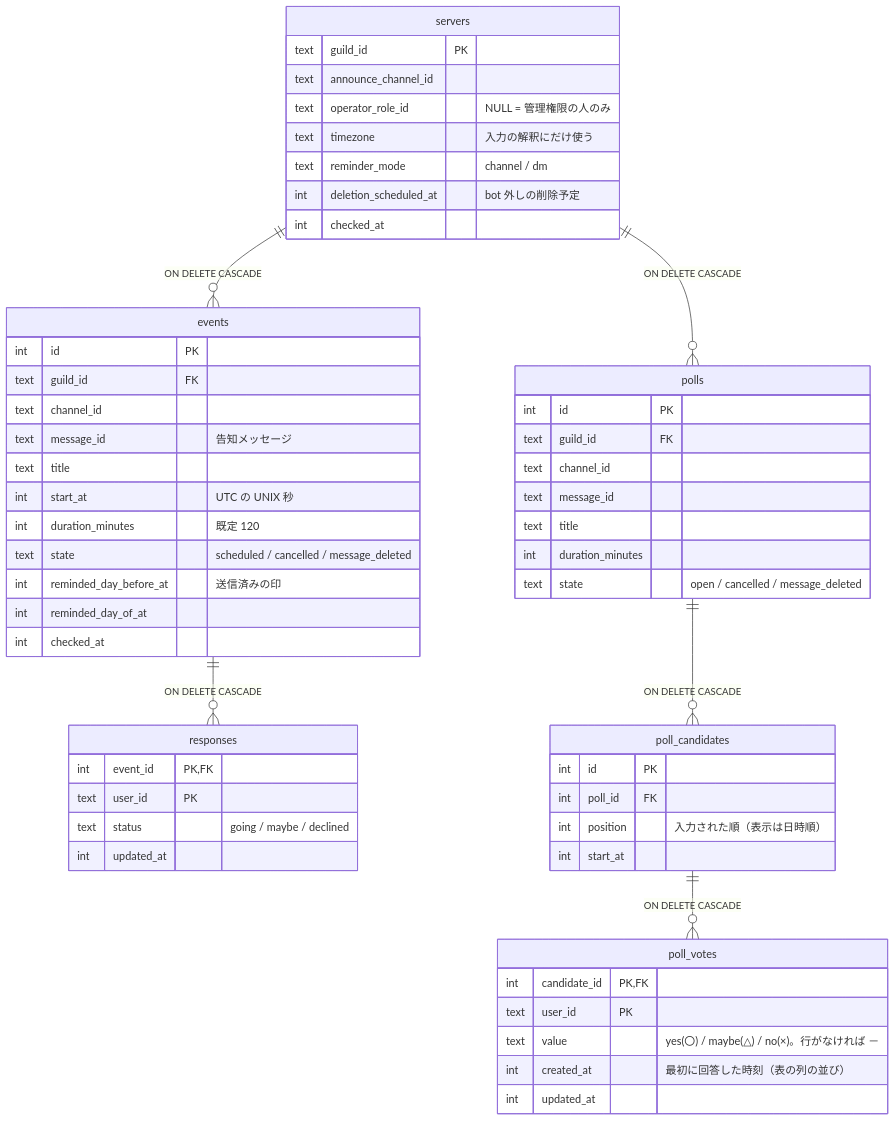
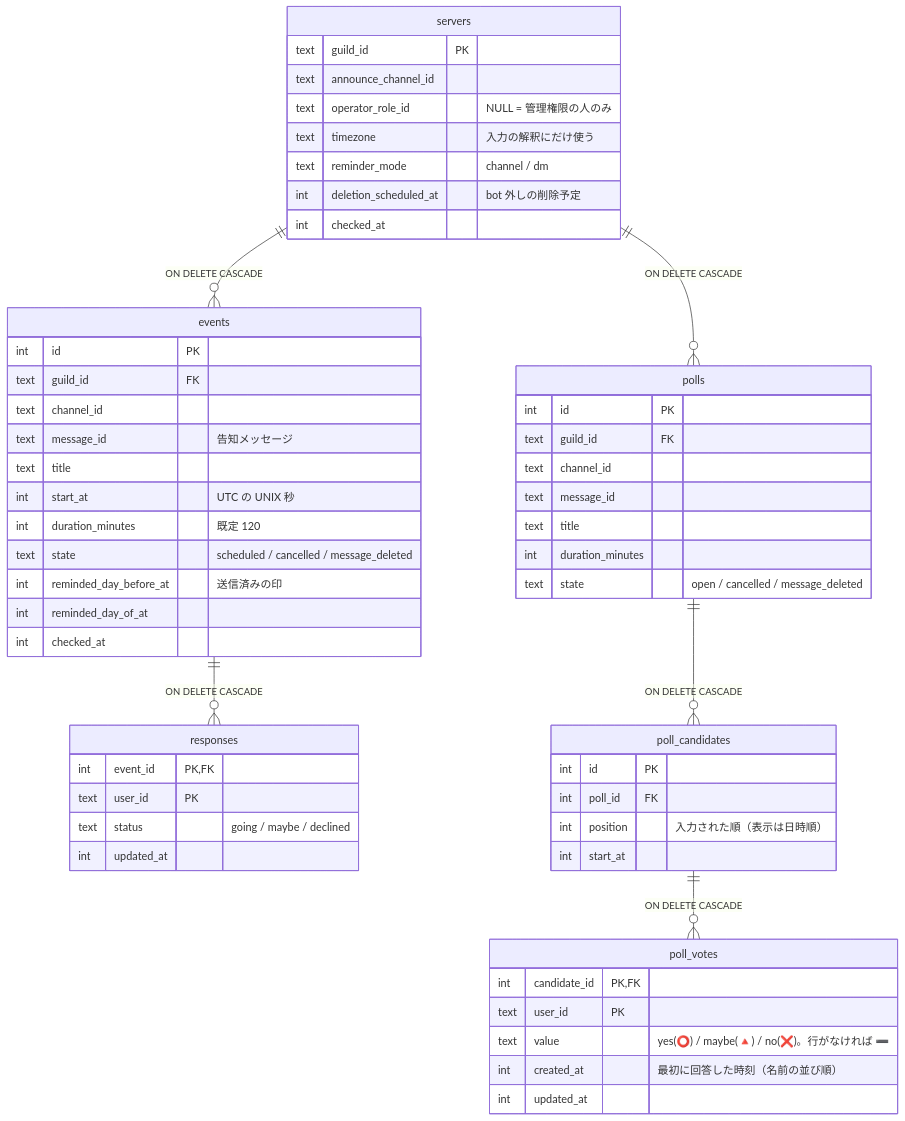
The third of 4 diagrams in docs/architecture.md (DirectKidman/easy-scheduling-bot), drawn with Mermaid before and after one commit. The commit also changed other lines of this file and 11 other files, not shown here.

````diff
--- a/docs/architecture.md
+++ b/docs/architecture.md
@@ -94,59 +94,59 @@
 ```mermaid
 erDiagram
   servers ||--o{ events : "ON DELETE CASCADE"
   servers ||--o{ polls : "ON DELETE CASCADE"
   events ||--o{ responses : "ON DELETE CASCADE"
   polls ||--o{ poll_candidates : "ON DELETE CASCADE"
   poll_candidates ||--o{ poll_votes : "ON DELETE CASCADE"
 
   servers {
     text guild_id PK
     text announce_channel_id
     text operator_role_id "NULL = 管理権限の人のみ"
     text timezone "入力の解釈にだけ使う"
     text reminder_mode "channel / dm"
     int deletion_scheduled_at "bot 外しの削除予定"
     int checked_at
   }
   events {
     int id PK
     text guild_id FK
     text channel_id
     text message_id "告知メッセージ"
     text title
     int start_at "UTC の UNIX 秒"
     int duration_minutes "既定 120"
     text state "scheduled / cancelled / message_deleted"
     int reminded_day_before_at "送信済みの印"
     int reminded_day_of_at
     int checked_at
   }
   responses {
     int event_id PK,FK
     text user_id PK
     text status "going / maybe / declined"
     int updated_at
   }
   polls {
     int id PK
     text guild_id FK
     text channel_id
     text message_id
     text title
     int duration_minutes
     text state "open / cancelled / message_deleted"
   }
   poll_candidates {
     int id PK
     int poll_id FK
     int position "入力された順（表示は日時順）"
     int start_at
   }
   poll_votes {
     int candidate_id PK,FK
     text user_id PK
-    text value "yes(〇) / maybe(△) / no(×)。行がなければ －"
-    int created_at "最初に回答した時刻（表の列の並び）"
+    text value "yes(⭕) / maybe(🔺) / no(❌)。行がなければ ➖"
+    int created_at "最初に回答した時刻（名前の並び順）"
     int updated_at
   }
 ```
````
